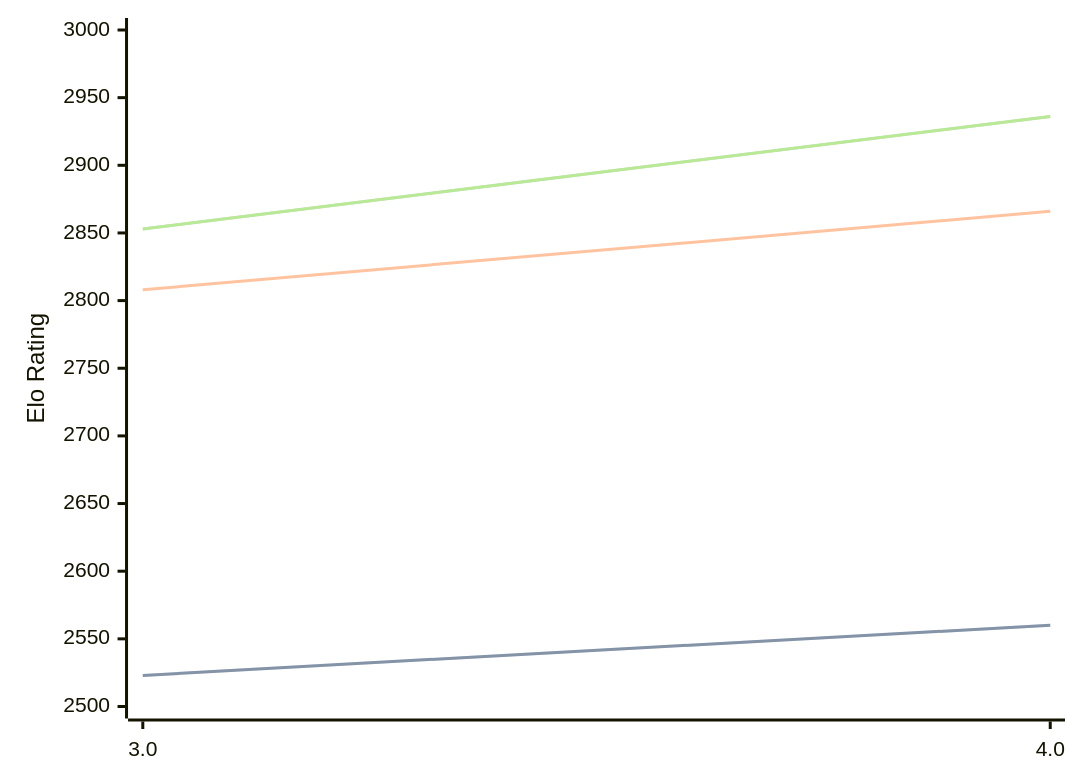
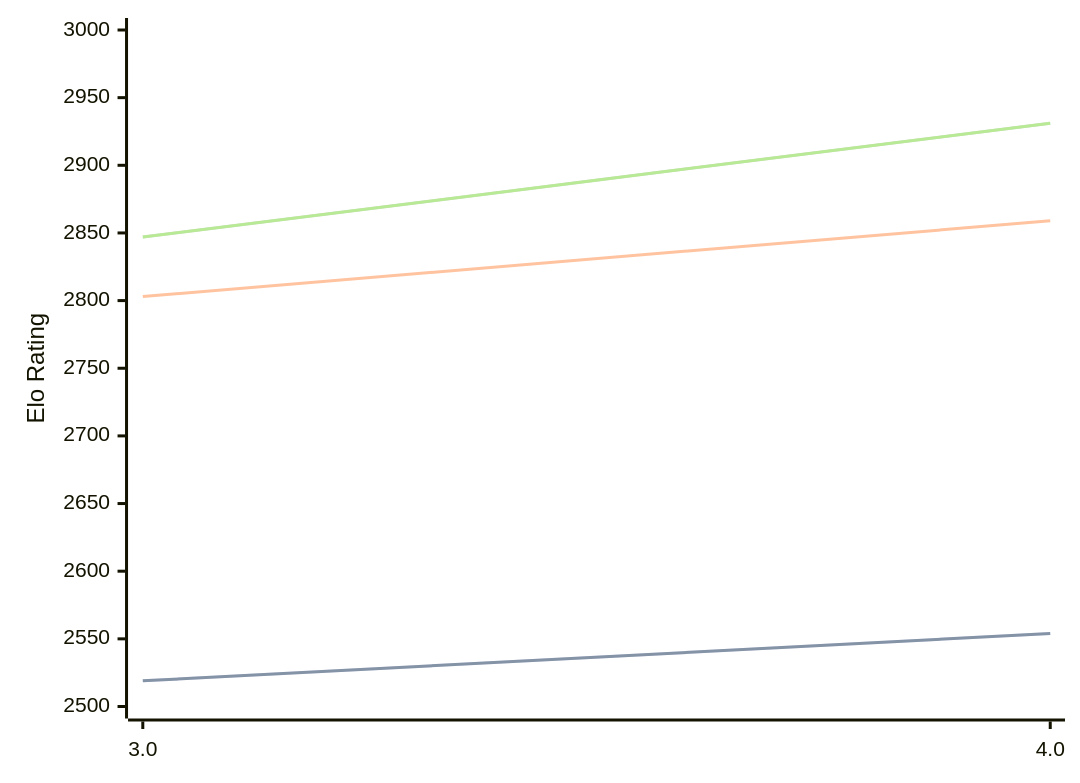
One commit to computer-chess-index/cci changed the diagram in engines/Chess3.md. Above: the diagram before and after it, drawn with Mermaid. The commit also changed other lines of this file, not shown here.

Commit message:
Update CCI Ratings (ELO VLTC) - 2026-05-18

````diff
--- a/engines/Chess3.md
+++ b/engines/Chess3.md
@@ -34,11 +34,11 @@
 ```mermaid
 %%{init: {"theme":"base","themeVariables":{"seriesColors:['#a3a3a3','#222221','#faa371']}}}%%
 xychart-beta
   x-axis ["3.0", "4.0"]
   y-axis "Elo Rating" 2500 --> 3000
-  line "STC (8.0+0.08s)" [2523, 2560]
-  line "STC (8.0+0.08s)" [2523, 2560]
-  line "LTC (60.0+0.60s)" [2808, 2866]
-  line "VLTC (2m24s+1.12s)" [2853, 2936]
-  line "VLTC (2m24s+1.12s)" [2853, 2936]
+  line "STC (8.0+0.08s)" [2519, 2554]
+  line "STC (8.0+0.08s)" [2519, 2554]
+  line "LTC (60.0+0.60s)" [2803, 2859]
+  line "VLTC (2m24s+1.12s)" [2847, 2931]
+  line "VLTC (2m24s+1.12s)" [2847, 2931]
 ```
````
